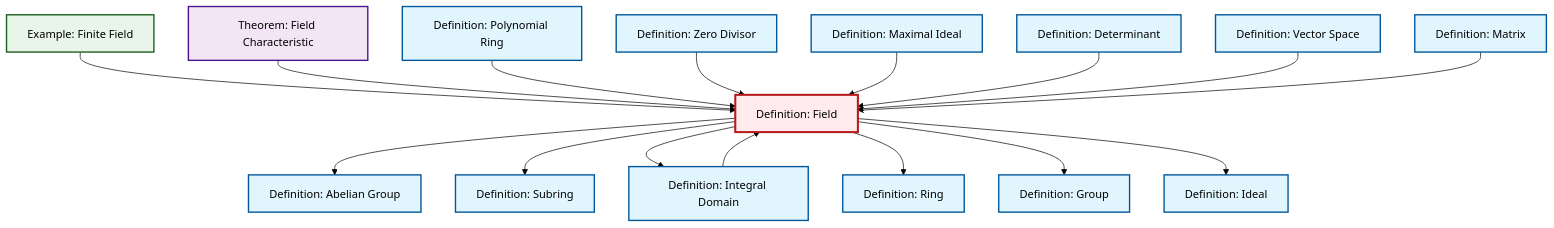
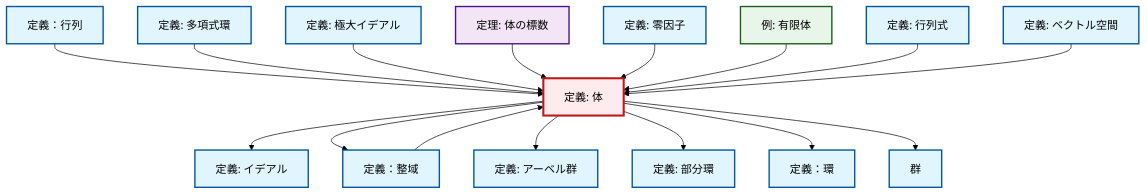
Before and after one commit to RK0429/ModernMath: the diagram in content/ja/algebra/def-field.qmd, drawn with Mermaid (forest theme). The commit also changed 1069 other files, not shown here.

````diff
--- a/content/ja/algebra/def-field.qmd
+++ b/content/ja/algebra/def-field.qmd
@@ -60,54 +60,54 @@
 ```{mermaid}
 %%| fig-cap: "Local dependency graph"
 graph TD
     classDef definition fill:#e1f5fe,stroke:#01579b,stroke-width:2px
     classDef theorem fill:#f3e5f5,stroke:#4a148c,stroke-width:2px
     classDef axiom fill:#fff3e0,stroke:#e65100,stroke-width:2px
     classDef example fill:#e8f5e9,stroke:#1b5e20,stroke-width:2px
     classDef current fill:#ffebee,stroke:#b71c1c,stroke-width:3px
-    def-polynomial-ring["Definition: Polynomial Ring"]:::definition
-    def-maximal-ideal["Definition: Maximal Ideal"]:::definition
-    def-field["Definition: Field"]:::definition
-    def-group["Definition: Group"]:::definition
-    def-determinant["Definition: Determinant"]:::definition
-    def-matrix["Definition: Matrix"]:::definition
-    def-ring["Definition: Ring"]:::definition
-    def-ideal["Definition: Ideal"]:::definition
-    thm-field-characteristic["Theorem: Field Characteristic"]:::theorem
-    def-zero-divisor["Definition: Zero Divisor"]:::definition
-    def-integral-domain["Definition: Integral Domain"]:::definition
-    def-subring["Definition: Subring"]:::definition
-    ex-finite-field["Example: Finite Field"]:::example
-    def-abelian-group["Definition: Abelian Group"]:::definition
-    def-vector-space["Definition: Vector Space"]:::definition
+    def-zero-divisor["定義: 零因子"]:::definition
+    def-determinant["定義: 行列式"]:::definition
+    def-ideal["定義: イデアル"]:::definition
+    def-maximal-ideal["定義: 極大イデアル"]:::definition
+    def-polynomial-ring["定義: 多項式環"]:::definition
+    def-vector-space["定義: ベクトル空間"]:::definition
+    def-field["定義: 体"]:::definition
+    def-matrix["定義：行列"]:::definition
+    def-integral-domain["定義：整域"]:::definition
+    def-ring["定義：環"]:::definition
+    def-abelian-group["定義: アーベル群"]:::definition
+    thm-field-characteristic["定理: 体の標数"]:::theorem
+    ex-finite-field["例: 有限体"]:::example
+    def-subring["定義: 部分環"]:::definition
+    def-group["群"]:::definition
+    def-field --> def-ideal
+    def-field --> def-integral-domain
+    def-matrix --> def-field
+    def-polynomial-ring --> def-field
     def-field --> def-abelian-group
+    def-maximal-ideal --> def-field
+    thm-field-characteristic --> def-field
+    def-zero-divisor --> def-field
+    ex-finite-field --> def-field
     def-field --> def-subring
-    ex-finite-field --> def-field
-    thm-field-characteristic --> def-field
-    def-polynomial-ring --> def-field
-    def-zero-divisor --> def-field
-    def-maximal-ideal --> def-field
-    def-field --> def-integral-domain
+    def-integral-domain --> def-field
     def-determinant --> def-field
     def-vector-space --> def-field
-    def-integral-domain --> def-field
     def-field --> def-ring
     def-field --> def-group
-    def-field --> def-ideal
-    def-matrix --> def-field
     class def-field current
-    click def-polynomial-ring "def-polynomial-ring.html" "Definition: Polynomial Ringへ"
-    click def-maximal-ideal "def-maximal-ideal.html" "Definition: Maximal Idealへ"
-    click def-group "def-group.html" "Definition: Groupへ"
-    click def-determinant "def-determinant.html" "Definition: Determinantへ"
-    click def-matrix "def-matrix.html" "Definition: Matrixへ"
-    click def-ring "def-ring.html" "Definition: Ringへ"
-    click def-ideal "def-ideal.html" "Definition: Idealへ"
-    click thm-field-characteristic "thm-field-characteristic.html" "Theorem: Field Characteristicへ"
-    click def-zero-divisor "def-zero-divisor.html" "Definition: Zero Divisorへ"
-    click def-integral-domain "def-integral-domain.html" "Definition: Integral Domainへ"
-    click def-subring "def-subring.html" "Definition: Subringへ"
-    click ex-finite-field "ex-finite-field.html" "Example: Finite Fieldへ"
-    click def-abelian-group "def-abelian-group.html" "Definition: Abelian Groupへ"
-    click def-vector-space "def-vector-space.html" "Definition: Vector Spaceへ"
+    click def-zero-divisor "def-zero-divisor.html" "零因子の定義へ"
+    click def-determinant "def-determinant.html" "行列式の定義へ"
+    click def-ideal "def-ideal.html" "イデアルの定義へ"
+    click def-maximal-ideal "def-maximal-ideal.html" "極大イデアルの定義へ"
+    click def-polynomial-ring "def-polynomial-ring.html" "多項式環の定義へ"
+    click def-vector-space "def-vector-space.html" "ベクトル空間の定義へ"
+    click def-matrix "def-matrix.html" "定義：行列へ"
+    click def-integral-domain "def-integral-domain.html" "定義：整域へ"
+    click def-ring "def-ring.html" "定義：環へ"
+    click def-abelian-group "def-abelian-group.html" "アーベル群の定義へ"
+    click thm-field-characteristic "thm-field-characteristic.html" "体の標数の定理へ"
+    click ex-finite-field "ex-finite-field.html" "有限体の例へ"
+    click def-subring "def-subring.html" "部分環の定義へ"
+    click def-group "def-group.html" "群へ"
 ```
````
